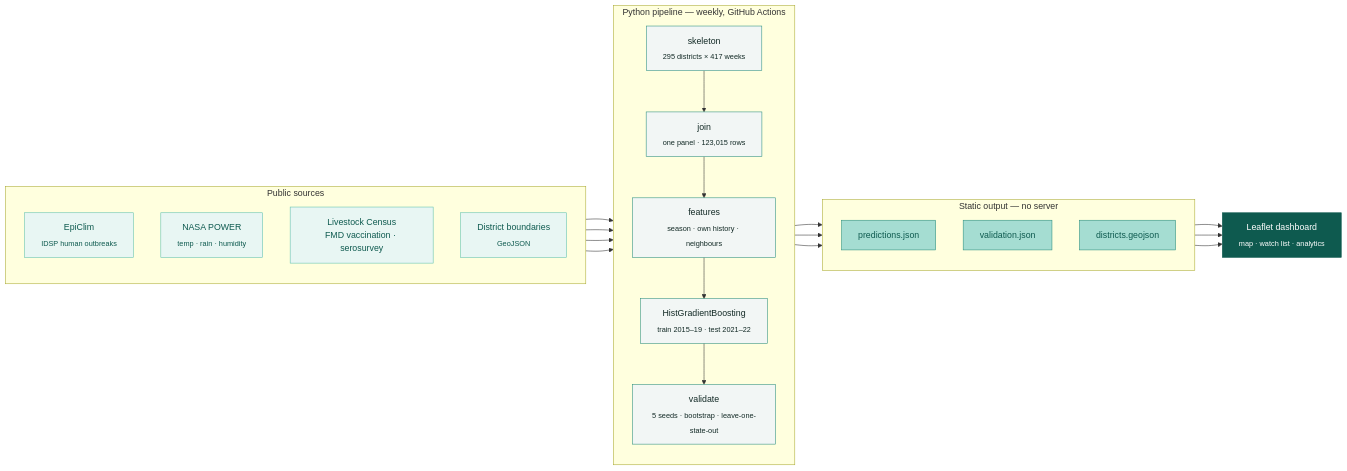
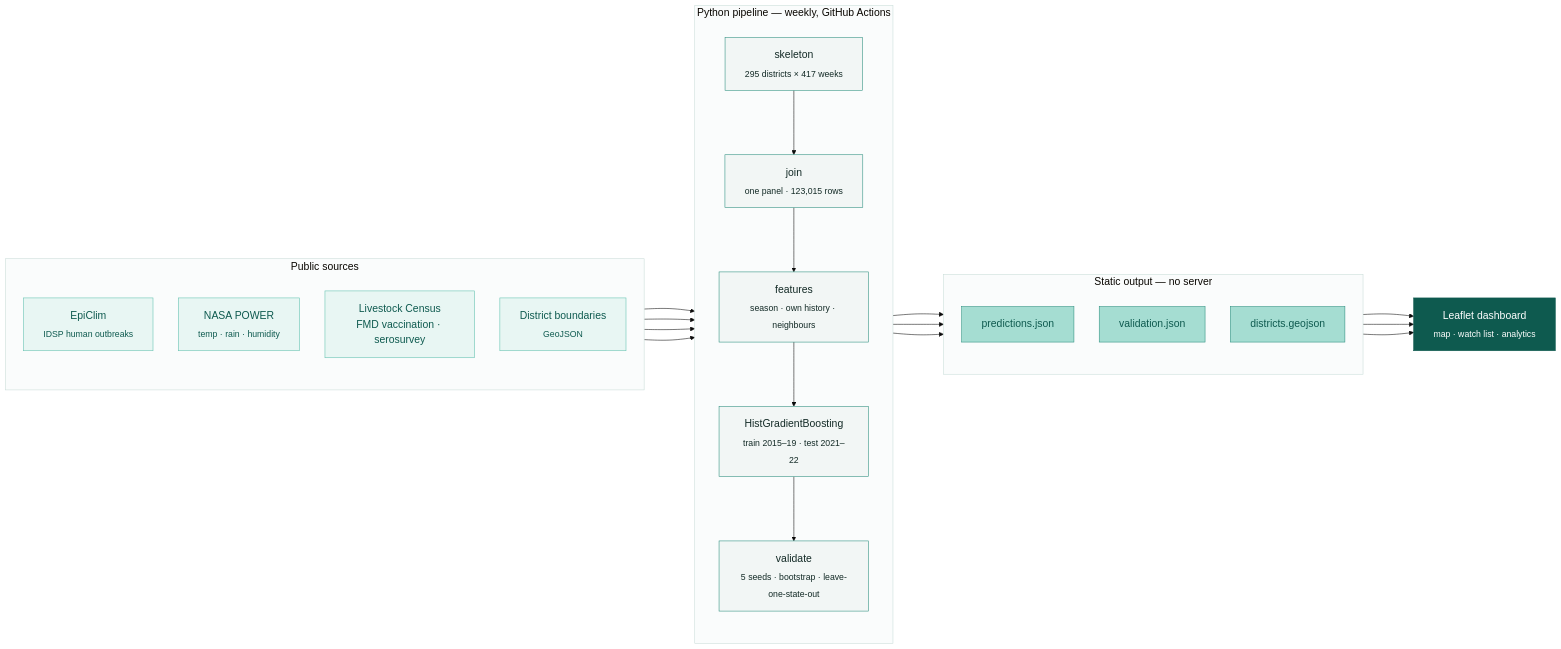
One commit to lakkarsunanditha14/onehealth-early-warning changed the diagram in README.md. Above: the diagram before and after it, drawn with Mermaid. The commit also changed other lines of this file, not shown here.

Commit message:
larger architecture diagram

````diff
--- a/README.md
+++ b/README.md
@@ -194,49 +194,50 @@
 ```mermaid
+%%{init: {"theme":"base","themeVariables":{"fontSize":"19px","fontFamily":"IBM Plex Sans, Segoe UI, sans-serif","clusterBkg":"#FAFCFC","clusterBorder":"#C9DCD8"},"flowchart":{"nodeSpacing":46,"rankSpacing":92,"padding":18,"useMaxWidth":false}}}%%
 flowchart LR
   subgraph S["Public sources"]
     direction TB
     A1["EpiClim<br/><sub>IDSP human outbreaks</sub>"]
     A2["NASA POWER<br/><sub>temp · rain · humidity</sub>"]
     A3["Livestock Census<br/>FMD vaccination · serosurvey"]
     A4["District boundaries<br/><sub>GeoJSON</sub>"]
   end
 
   subgraph P["Python pipeline — weekly, GitHub Actions"]
     direction TB
     B1["skeleton<br/><sub>295 districts × 417 weeks</sub>"]
     B2["join<br/><sub>one panel · 123,015 rows</sub>"]
     B3["features<br/><sub>season · own history · neighbours</sub>"]
     B4["HistGradientBoosting<br/><sub>train 2015–19 · test 2021–22</sub>"]
     B5["validate<br/><sub>5 seeds · bootstrap · leave-one-state-out</sub>"]
     B1 --> B2 --> B3 --> B4 --> B5
   end
 
   subgraph O["Static output — no server"]
     direction TB
     C1["predictions.json"]
     C2["validation.json"]
     C3["districts.geojson"]
   end
 
   D["Leaflet dashboard<br/><sub>map · watch list · analytics</sub>"]
 
   A1 --> B2
   A2 --> B2
   A3 --> B2
   A4 --> B1
   B4 --> C1
   B5 --> C2
   B1 --> C3
   C1 --> D
   C2 --> D
   C3 --> D
 
   classDef src fill:#E8F6F3,stroke:#5FC0AE,color:#0E5A4F
   classDef pipe fill:#F2F6F5,stroke:#2A8E7E,color:#132A26
   classDef out fill:#A5DDD2,stroke:#2A8E7E,color:#0E5A4F
   classDef app fill:#0E5A4F,stroke:#0E5A4F,color:#ffffff
   class A1,A2,A3,A4 src
   class B1,B2,B3,B4,B5 pipe
   class C1,C2,C3 out
   class D app
 ```
````
